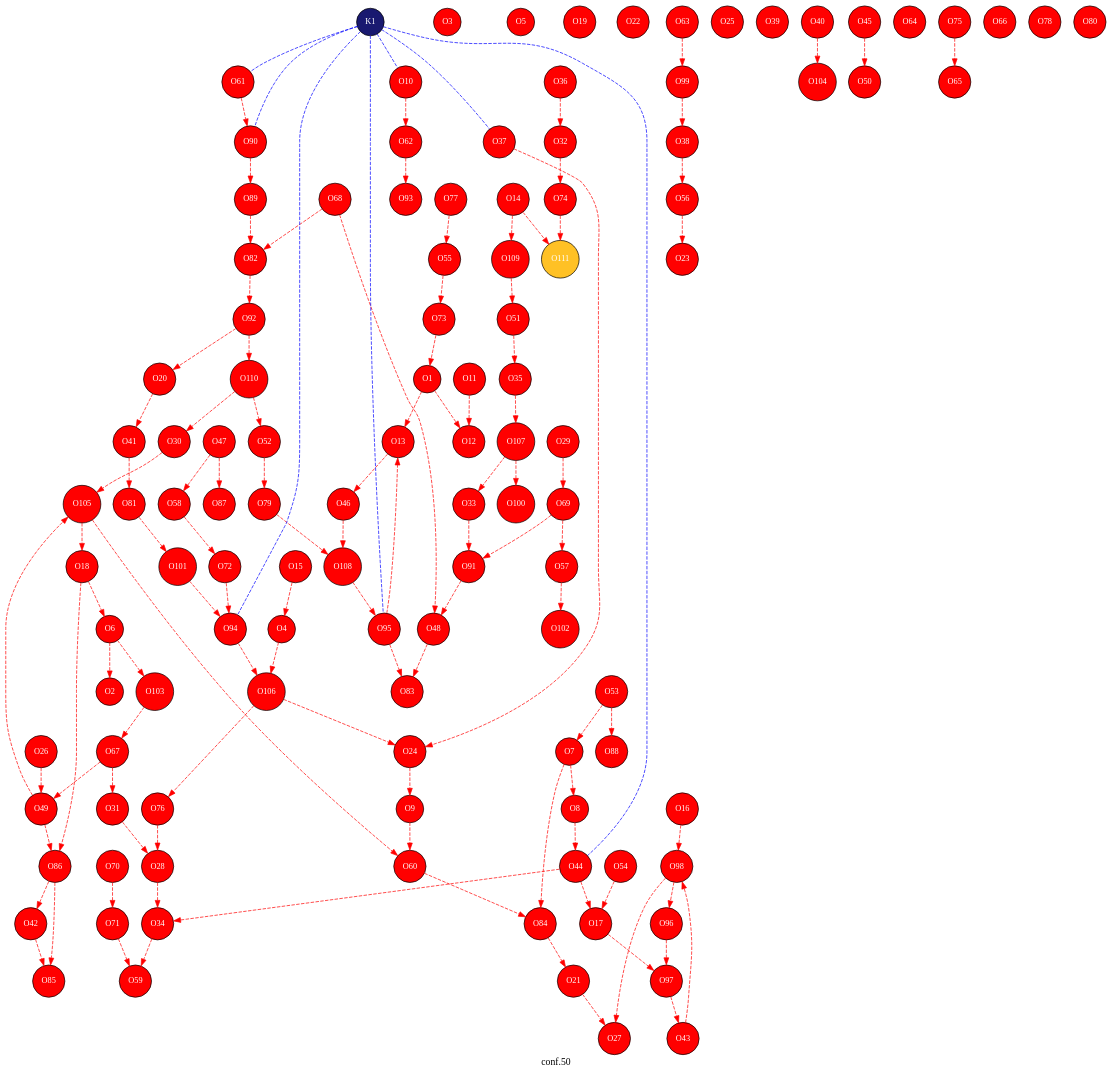
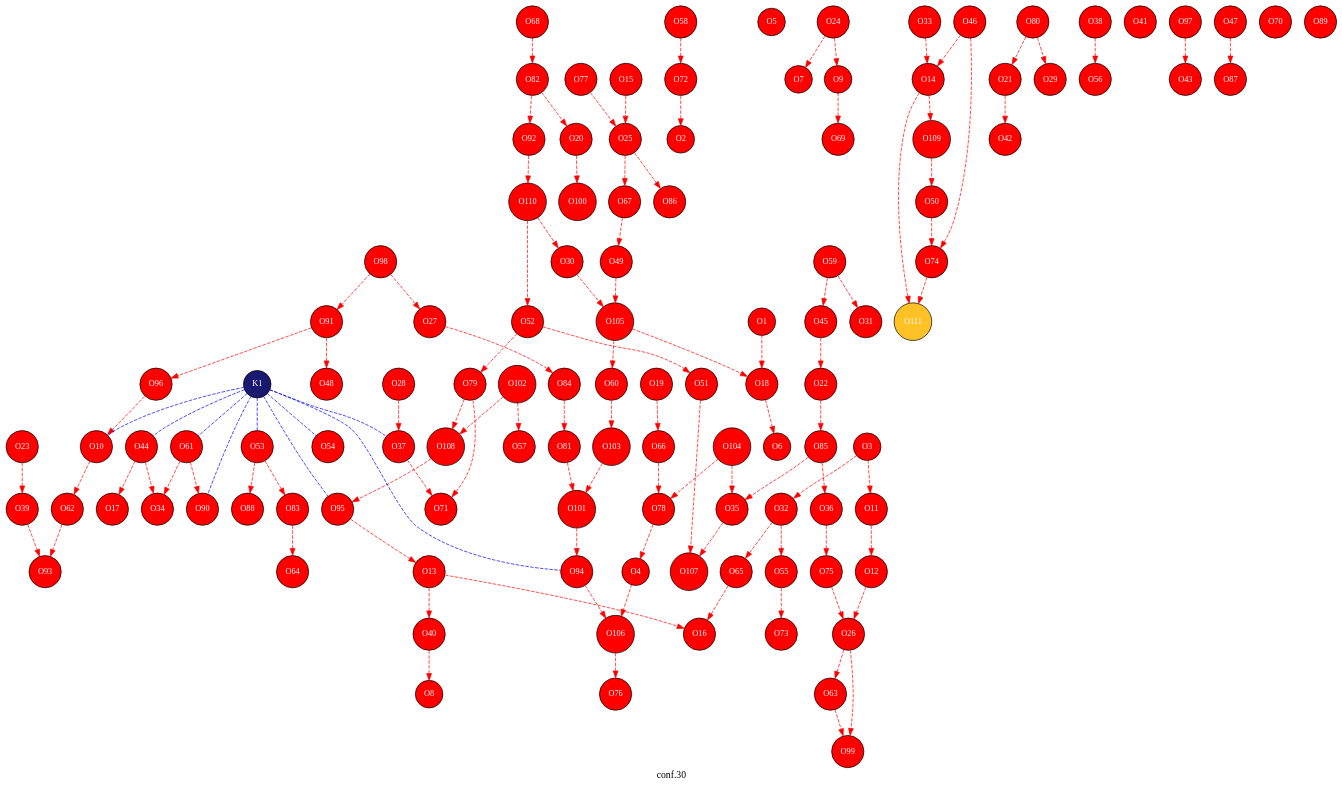
The diagram in traj1/traj1_conf.gv (JelleLagerweij/check_sana), drawn with Graphviz before and after one commit. The commit also changed 123 other files, not shown here.

```diff
--- a/traj1/traj1_conf.gv
+++ b/traj1/traj1_conf.gv
@@ -1,5 +1,5 @@
 digraph G {
-label="conf.50 ";
+label="conf.30 ";
 node [style=filled];
 graph [bgcolor=transparent];
 node [shape = circle, fontsize=12];
@@ -115,114 +115,112 @@
 "O110"[fillcolor=red, fontcolor=white, fontname="Times", label="O110"];
 "O111"[fillcolor=goldenrod1, fontcolor=white, fontname="Times", label="O111"];
 "K1"[fillcolor=midnightblue, fontcolor=white, fontname="Times", label="K1"];
-"O1"->"O12"[fontcolor=red, color=red , style=dashed];
-"O1"->"O13"[fontcolor=red, color=red , style=dashed];
-"O73"->"O1"[fontcolor=red, color=red , style=dashed];
-"O6"->"O2"[fontcolor=red, color=red , style=dashed];
-"O15"->"O4"[fontcolor=red, color=red , style=dashed];
+"O1"->"O18"[fontcolor=red, color=red , style=dashed];
+"O72"->"O2"[fontcolor=red, color=red , style=dashed];
+"O3"->"O11"[fontcolor=red, color=red , style=dashed];
+"O3"->"O32"[fontcolor=red, color=red , style=dashed];
+"O78"->"O4"[fontcolor=red, color=red , style=dashed];
 "O4"->"O106"[fontcolor=red, color=red , style=dashed];
 "O18"->"O6"[fontcolor=red, color=red , style=dashed];
-"O6"->"O103"[fontcolor=red, color=red , style=dashed];
-"O7"->"O8"[fontcolor=red, color=red , style=dashed];
-"O53"->"O7"[fontcolor=red, color=red , style=dashed];
-"O7"->"O84"[fontcolor=red, color=red , style=dashed];
-"O8"->"O44"[fontcolor=red, color=red , style=dashed];
+"O24"->"O7"[fontcolor=red, color=red , style=dashed];
+"O40"->"O8"[fontcolor=red, color=red , style=dashed];
 "O24"->"O9"[fontcolor=red, color=red , style=dashed];
-"O9"->"O60"[fontcolor=red, color=red , style=dashed];
+"O9"->"O69"[fontcolor=red, color=red , style=dashed];
 "O10"->"O62"[fontcolor=red, color=red , style=dashed];
+"O96"->"O10"[fontcolor=red, color=red , style=dashed];
 "O11"->"O12"[fontcolor=red, color=red , style=dashed];
-"O13"->"O46"[fontcolor=red, color=red , style=dashed];
+"O12"->"O26"[fontcolor=red, color=red , style=dashed];
+"O13"->"O16"[fontcolor=red, color=red , style=dashed];
+"O13"->"O40"[fontcolor=red, color=red , style=dashed];
 "O95"->"O13"[fontcolor=red, color=red , style=dashed];
+"O33"->"O14"[fontcolor=red, color=red , style=dashed];
+"O46"->"O14"[fontcolor=red, color=red , style=dashed];
 "O14"->"O109"[fontcolor=red, color=red , style=dashed];
 "O14"->"O111"[fontcolor=red, color=red , style=dashed];
-"O16"->"O98"[fontcolor=red, color=red , style=dashed];
+"O15"->"O25"[fontcolor=red, color=red , style=dashed];
+"O65"->"O16"[fontcolor=red, color=red , style=dashed];
 "O44"->"O17"[fontcolor=red, color=red , style=dashed];
-"O54"->"O17"[fontcolor=red, color=red , style=dashed];
-"O17"->"O97"[fontcolor=red, color=red , style=dashed];
-"O18"->"O86"[fontcolor=red, color=red , style=dashed];
 "O105"->"O18"[fontcolor=red, color=red , style=dashed];
-"O20"->"O41"[fontcolor=red, color=red , style=dashed];
-"O92"->"O20"[fontcolor=red, color=red , style=dashed];
-"O21"->"O27"[fontcolor=red, color=red , style=dashed];
-"O84"->"O21"[fontcolor=red, color=red , style=dashed];
-"O56"->"O23"[fontcolor=red, color=red , style=dashed];
-"O37"->"O24"[fontcolor=red, color=red , style=dashed];
-"O106"->"O24"[fontcolor=red, color=red , style=dashed];
-"O26"->"O49"[fontcolor=red, color=red , style=dashed];
+"O19"->"O66"[fontcolor=red, color=red , style=dashed];
+"O82"->"O20"[fontcolor=red, color=red , style=dashed];
+"O20"->"O100"[fontcolor=red, color=red , style=dashed];
+"O21"->"O42"[fontcolor=red, color=red , style=dashed];
+"O80"->"O21"[fontcolor=red, color=red , style=dashed];
+"O45"->"O22"[fontcolor=red, color=red , style=dashed];
+"O22"->"O85"[fontcolor=red, color=red , style=dashed];
+"O23"->"O39"[fontcolor=red, color=red , style=dashed];
+"O25"->"O67"[fontcolor=red, color=red , style=dashed];
+"O77"->"O25"[fontcolor=red, color=red , style=dashed];
+"O25"->"O86"[fontcolor=red, color=red , style=dashed];
+"O26"->"O63"[fontcolor=red, color=red , style=dashed];
+"O75"->"O26"[fontcolor=red, color=red , style=dashed];
+"O26"->"O99"[fontcolor=red, color=red , style=dashed];
+"O27"->"O84"[fontcolor=red, color=red , style=dashed];
 "O98"->"O27"[fontcolor=red, color=red , style=dashed];
-"O31"->"O28"[fontcolor=red, color=red , style=dashed];
-"O28"->"O34"[fontcolor=red, color=red , style=dashed];
-"O76"->"O28"[fontcolor=red, color=red , style=dashed];
-"O29"->"O69"[fontcolor=red, color=red , style=dashed];
+"O28"->"O37"[fontcolor=red, color=red , style=dashed];
+"O80"->"O29"[fontcolor=red, color=red , style=dashed];
 "O30"->"O105"[fontcolor=red, color=red , style=dashed];
 "O110"->"O30"[fontcolor=red, color=red , style=dashed];
-"O67"->"O31"[fontcolor=red, color=red , style=dashed];
-"O36"->"O32"[fontcolor=red, color=red , style=dashed];
-"O32"->"O74"[fontcolor=red, color=red , style=dashed];
-"O33"->"O91"[fontcolor=red, color=red , style=dashed];
-"O107"->"O33"[fontcolor=red, color=red , style=dashed];
+"O59"->"O31"[fontcolor=red, color=red , style=dashed];
+"O32"->"O55"[fontcolor=red, color=red , style=dashed];
+"O32"->"O65"[fontcolor=red, color=red , style=dashed];
 "O44"->"O34"[fontcolor=red, color=red , style=dashed];
-"O34"->"O59"[fontcolor=red, color=red , style=dashed];
-"O51"->"O35"[fontcolor=red, color=red , style=dashed];
+"O61"->"O34"[fontcolor=red, color=red , style=dashed];
+"O85"->"O35"[fontcolor=red, color=red , style=dashed];
+"O104"->"O35"[fontcolor=red, color=red , style=dashed];
 "O35"->"O107"[fontcolor=red, color=red , style=dashed];
+"O36"->"O75"[fontcolor=red, color=red , style=dashed];
+"O85"->"O36"[fontcolor=red, color=red , style=dashed];
+"O37"->"O71"[fontcolor=red, color=red , style=dashed];
 "O38"->"O56"[fontcolor=red, color=red , style=dashed];
-"O99"->"O38"[fontcolor=red, color=red , style=dashed];
-"O40"->"O104"[fontcolor=red, color=red , style=dashed];
-"O41"->"O81"[fontcolor=red, color=red , style=dashed];
-"O42"->"O85"[fontcolor=red, color=red , style=dashed];
-"O86"->"O42"[fontcolor=red, color=red , style=dashed];
+"O39"->"O93"[fontcolor=red, color=red , style=dashed];
 "O97"->"O43"[fontcolor=red, color=red , style=dashed];
-"O43"->"O98"[fontcolor=red, color=red , style=dashed];
-"O45"->"O50"[fontcolor=red, color=red , style=dashed];
-"O46"->"O108"[fontcolor=red, color=red , style=dashed];
-"O47"->"O58"[fontcolor=red, color=red , style=dashed];
+"O59"->"O45"[fontcolor=red, color=red , style=dashed];
+"O46"->"O74"[fontcolor=red, color=red , style=dashed];
 "O47"->"O87"[fontcolor=red, color=red , style=dashed];
-"O68"->"O48"[fontcolor=red, color=red , style=dashed];
-"O48"->"O83"[fontcolor=red, color=red , style=dashed];
 "O91"->"O48"[fontcolor=red, color=red , style=dashed];
 "O67"->"O49"[fontcolor=red, color=red , style=dashed];
-"O49"->"O86"[fontcolor=red, color=red , style=dashed];
 "O49"->"O105"[fontcolor=red, color=red , style=dashed];
-"O109"->"O51"[fontcolor=red, color=red , style=dashed];
+"O50"->"O74"[fontcolor=red, color=red , style=dashed];
+"O109"->"O50"[fontcolor=red, color=red , style=dashed];
+"O52"->"O51"[fontcolor=red, color=red , style=dashed];
+"O51"->"O107"[fontcolor=red, color=red , style=dashed];
 "O52"->"O79"[fontcolor=red, color=red , style=dashed];
 "O110"->"O52"[fontcolor=red, color=red , style=dashed];
+"O53"->"O83"[fontcolor=red, color=red , style=dashed];
 "O53"->"O88"[fontcolor=red, color=red , style=dashed];
 "O55"->"O73"[fontcolor=red, color=red , style=dashed];
-"O77"->"O55"[fontcolor=red, color=red , style=dashed];
-"O69"->"O57"[fontcolor=red, color=red , style=dashed];
-"O57"->"O102"[fontcolor=red, color=red , style=dashed];
+"O102"->"O57"[fontcolor=red, color=red , style=dashed];
 "O58"->"O72"[fontcolor=red, color=red , style=dashed];
-"O71"->"O59"[fontcolor=red, color=red , style=dashed];
-"O60"->"O84"[fontcolor=red, color=red , style=dashed];
+"O60"->"O103"[fontcolor=red, color=red , style=dashed];
 "O105"->"O60"[fontcolor=red, color=red , style=dashed];
 "O61"->"O90"[fontcolor=red, color=red , style=dashed];
 "O62"->"O93"[fontcolor=red, color=red , style=dashed];
 "O63"->"O99"[fontcolor=red, color=red , style=dashed];
-"O75"->"O65"[fontcolor=red, color=red , style=dashed];
-"O103"->"O67"[fontcolor=red, color=red , style=dashed];
+"O83"->"O64"[fontcolor=red, color=red , style=dashed];
+"O66"->"O78"[fontcolor=red, color=red , style=dashed];
 "O68"->"O82"[fontcolor=red, color=red , style=dashed];
-"O69"->"O91"[fontcolor=red, color=red , style=dashed];
-"O70"->"O71"[fontcolor=red, color=red , style=dashed];
-"O72"->"O94"[fontcolor=red, color=red , style=dashed];
+"O79"->"O71"[fontcolor=red, color=red , style=dashed];
 "O74"->"O111"[fontcolor=red, color=red , style=dashed];
 "O106"->"O76"[fontcolor=red, color=red , style=dashed];
+"O104"->"O78"[fontcolor=red, color=red , style=dashed];
 "O79"->"O108"[fontcolor=red, color=red , style=dashed];
+"O84"->"O81"[fontcolor=red, color=red , style=dashed];
 "O81"->"O101"[fontcolor=red, color=red , style=dashed];
-"O89"->"O82"[fontcolor=red, color=red , style=dashed];
 "O82"->"O92"[fontcolor=red, color=red , style=dashed];
-"O95"->"O83"[fontcolor=red, color=red , style=dashed];
-"O86"->"O85"[fontcolor=red, color=red , style=dashed];
-"O90"->"O89"[fontcolor=red, color=red , style=dashed];
+"O91"->"O96"[fontcolor=red, color=red , style=dashed];
+"O98"->"O91"[fontcolor=red, color=red , style=dashed];
 "O92"->"O110"[fontcolor=red, color=red , style=dashed];
 "O101"->"O94"[fontcolor=red, color=red , style=dashed];
 "O94"->"O106"[fontcolor=red, color=red , style=dashed];
 "O108"->"O95"[fontcolor=red, color=red , style=dashed];
-"O96"->"O97"[fontcolor=red, color=red , style=dashed];
-"O98"->"O96"[fontcolor=red, color=red , style=dashed];
-"O107"->"O100"[fontcolor=red, color=red , style=dashed];
+"O103"->"O101"[fontcolor=red, color=red , style=dashed];
+"O102"->"O108"[fontcolor=red, color=red , style=dashed];
 "K1"->"O10"[dir=none, color=blue, nodesep=0.5,style=dashed];
 "K1"->"O37"[dir=none, color=blue, nodesep=0.5,style=dashed];
 "K1"->"O44"[dir=none, color=blue, nodesep=0.5,style=dashed];
+"K1"->"O53"[dir=none, color=blue, nodesep=0.5,style=dashed];
+"K1"->"O54"[dir=none, color=blue, nodesep=0.5,style=dashed];
 "K1"->"O61"[dir=none, color=blue, nodesep=0.5,style=dashed];
 "K1"->"O90"[dir=none, color=blue, nodesep=0.5,style=dashed];
 "K1"->"O94"[dir=none, color=blue, nodesep=0.5,style=dashed];
```
